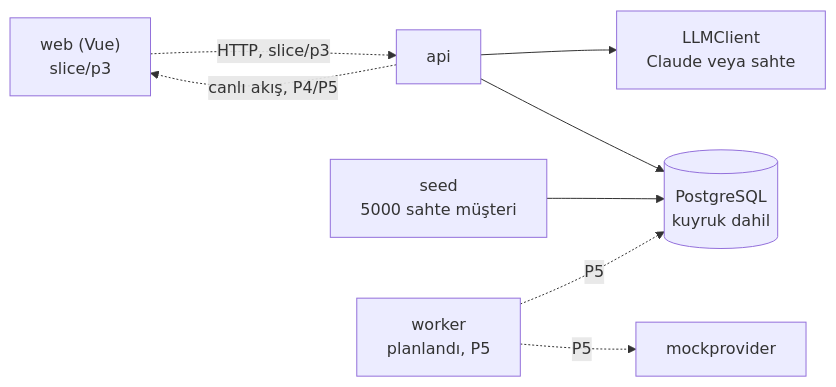
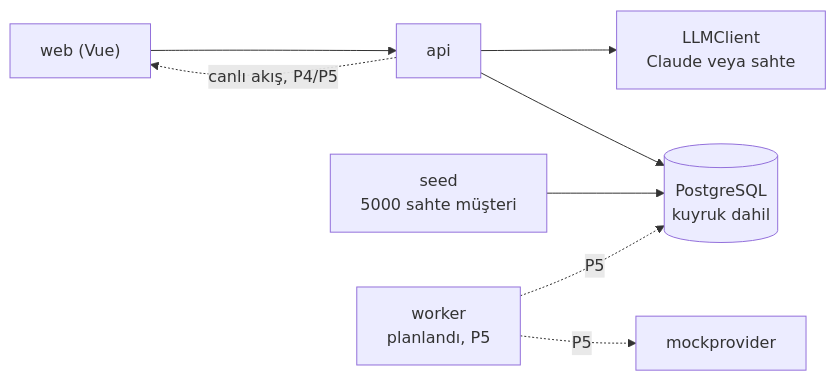
The third of 3 diagrams in README.md (gulcint/smart-campaign-composer), drawn with Mermaid before and after one commit. The commit also changed other lines of this file, not shown here.

Commit message:
docs(docs): update the README for the finished P3 slice

````diff
--- a/README.md
+++ b/README.md
@@ -64,18 +64,18 @@
 ```mermaid
 flowchart LR
-  web["web (Vue)<br/>slice/p3"]
+  web["web (Vue)"]
   api["api"]
   llm["LLMClient<br/>Claude veya sahte"]
   db[("PostgreSQL<br/>kuyruk dahil")]
   seed["seed<br/>5000 sahte müşteri"]
   worker["worker<br/>planlandı, P5"]
   mock["mockprovider"]
 
-  web -. "HTTP, slice/p3" .-> api
+  web --> api
   api -. "canlı akış, P4/P5" .-> web
   api --> llm
   api --> db
   seed --> db
   worker -. "P5" .-> db
   worker -. "P5" .-> mock
 ```
````
